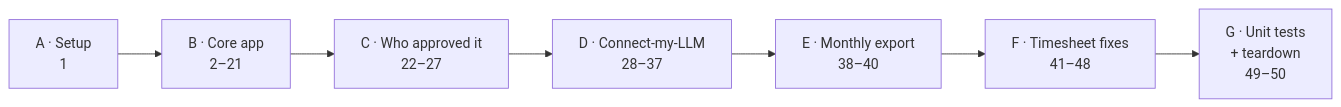
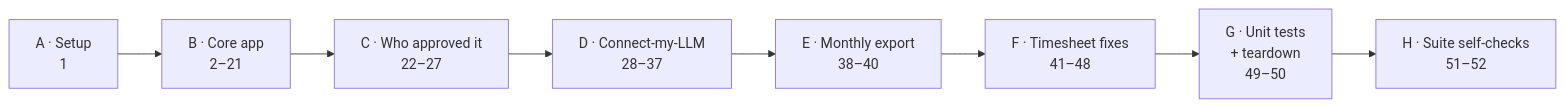
Before and after one commit to JoshNorris-Titan/titan-time-e2e: the third of 3 diagrams in README.md, drawn with Mermaid. The commit also changed other lines of this file and 10 other files, not shown here.

````diff
--- a/README.md
+++ b/README.md
@@ -119,5 +127,6 @@
 ```mermaid
 flowchart LR
   A["A · Setup<br/>1"] --> B["B · Core app<br/>2–21"] --> C["C · Who approved it<br/>22–27"] --> D["D · Connect-my-LLM<br/>28–37"]
   D --> E["E · Monthly export<br/>38–40"] --> F["F · Timesheet fixes<br/>41–48"] --> G["G · Unit tests<br/>+ teardown<br/>49–50"]
+  G --> H["H · Suite self-checks<br/>51–52"]
 ```
````
